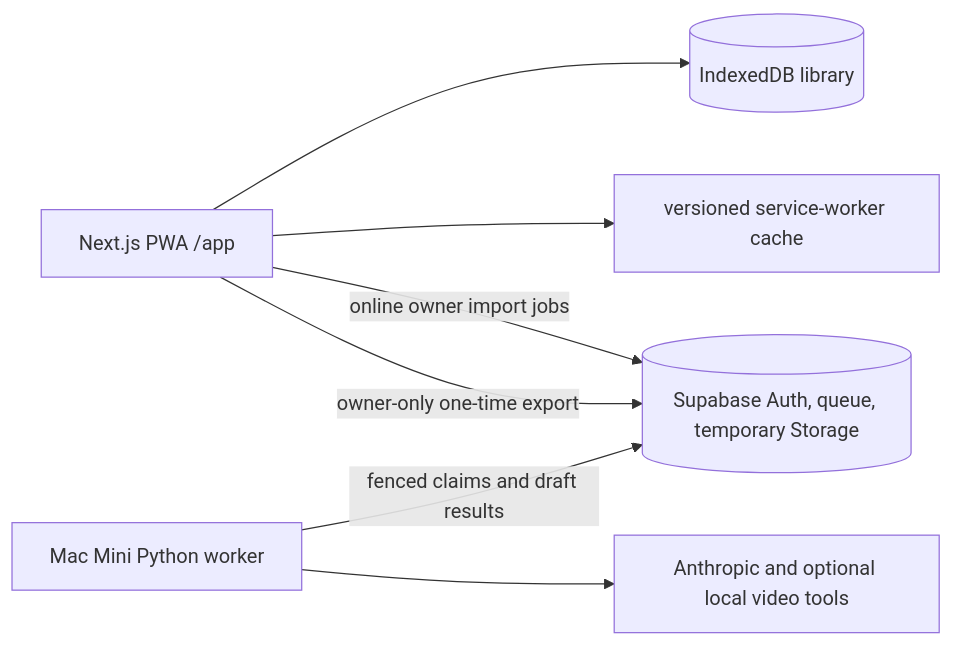
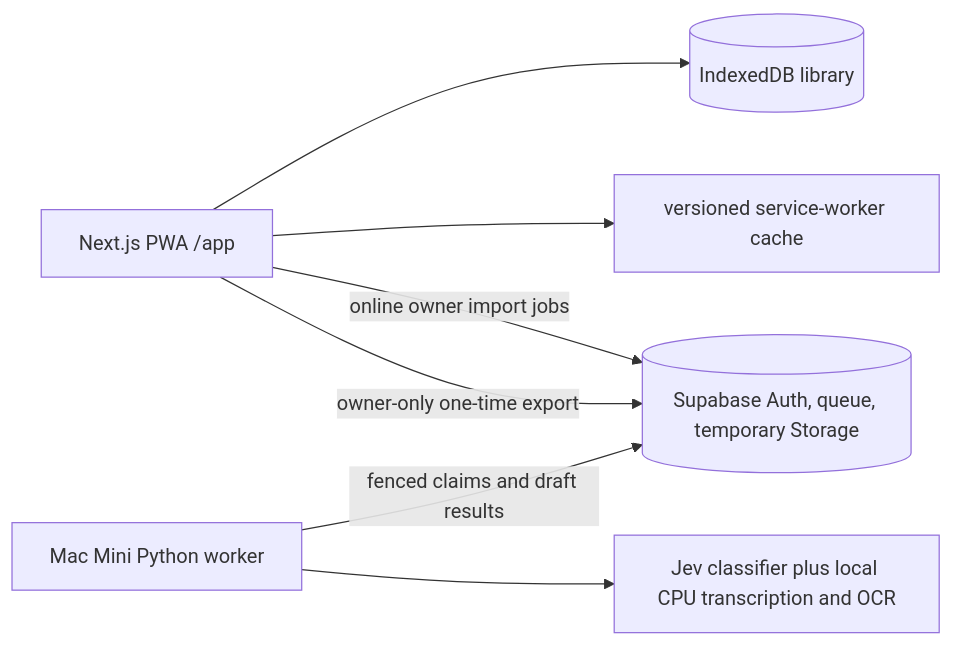
One commit to tanner-k/all-around-food changed the diagram in docs/architecture.md. Above: the diagram before and after it, drawn with Mermaid. The commit also changed other lines of this file and 31 other files, not shown here.

````diff
--- a/docs/architecture.md
+++ b/docs/architecture.md
@@ -5,9 +5,9 @@
 ```mermaid
 graph LR
   PWA[Next.js PWA /app] --> IDB[(IndexedDB library)]
   PWA --> SW[versioned service-worker cache]
   PWA -- online owner import jobs --> SB[(Supabase Auth, queue, temporary Storage)]
   MAC[Mac Mini Python worker] -- fenced claims and draft results --> SB
-  MAC --> AI[Anthropic and optional local video tools]
+  MAC --> AI[Jev classifier plus local CPU transcription and OCR]
   PWA -- owner-only one-time export --> SB
 ```
````
